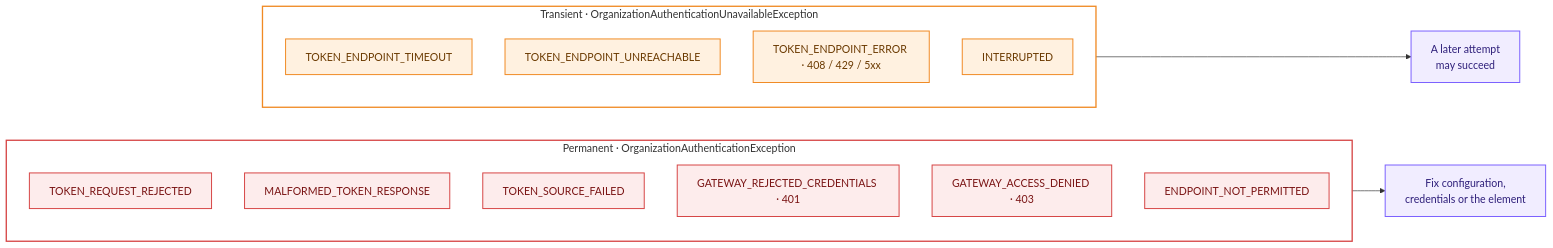
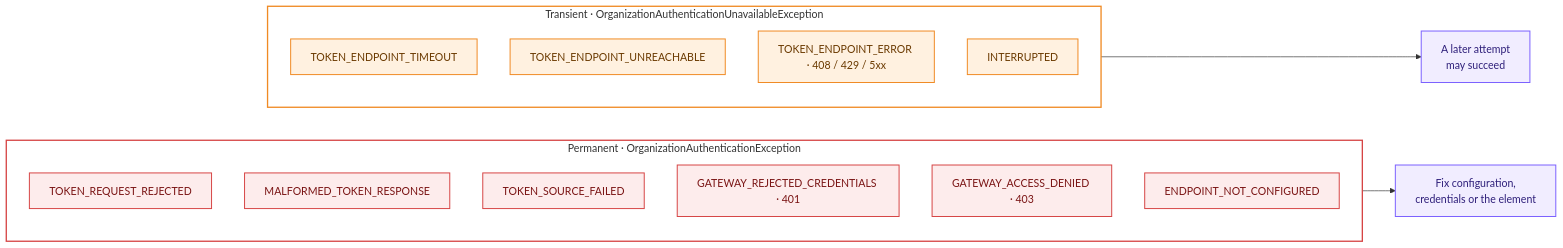
The third of 3 diagrams in docs/SECURITY.md (pranaykatariya/camunda-custom-bedrock-connector), drawn with Mermaid before and after one commit. The commit also changed other lines of this file and 25 other files, not shown here.

````diff
--- a/docs/SECURITY.md
+++ b/docs/SECURITY.md
@@ -94,31 +94,31 @@
 ```mermaid
 flowchart LR
     subgraph permanent["Permanent · OrganizationAuthenticationException"]
         direction TB
         p1["TOKEN_REQUEST_REJECTED"]
         p2["MALFORMED_TOKEN_RESPONSE"]
         p3["TOKEN_SOURCE_FAILED"]
         p4["GATEWAY_REJECTED_CREDENTIALS · 401"]
         p5["GATEWAY_ACCESS_DENIED · 403"]
-        p6["ENDPOINT_NOT_PERMITTED"]
+        p6["ENDPOINT_NOT_CONFIGURED"]
     end
     subgraph transient["Transient · OrganizationAuthenticationUnavailableException"]
         direction TB
         t1["TOKEN_ENDPOINT_TIMEOUT"]
         t2["TOKEN_ENDPOINT_UNREACHABLE"]
         t3["TOKEN_ENDPOINT_ERROR · 408 / 429 / 5xx"]
         t4["INTERRUPTED"]
     end
 
     permanent --> fix["Fix configuration,<br/>credentials or the element"]
     transient --> later["A later attempt<br/>may succeed"]
 
     classDef bad fill:#FDECEC,stroke:#D64545,stroke-width:1.5px,color:#7A1414
     classDef warn fill:#FFF1E0,stroke:#F08A24,stroke-width:1.5px,color:#6B3A00
     classDef cfg fill:#F1EDFF,stroke:#7B61FF,stroke-width:1.5px,color:#2E1F7A
     class p1,p2,p3,p4,p5,p6 bad
     class t1,t2,t3,t4 warn
     class fix,later cfg
     style permanent fill:transparent,stroke:#D64545,stroke-width:2px
     style transient fill:transparent,stroke:#F08A24,stroke-width:2px
 ```
````
